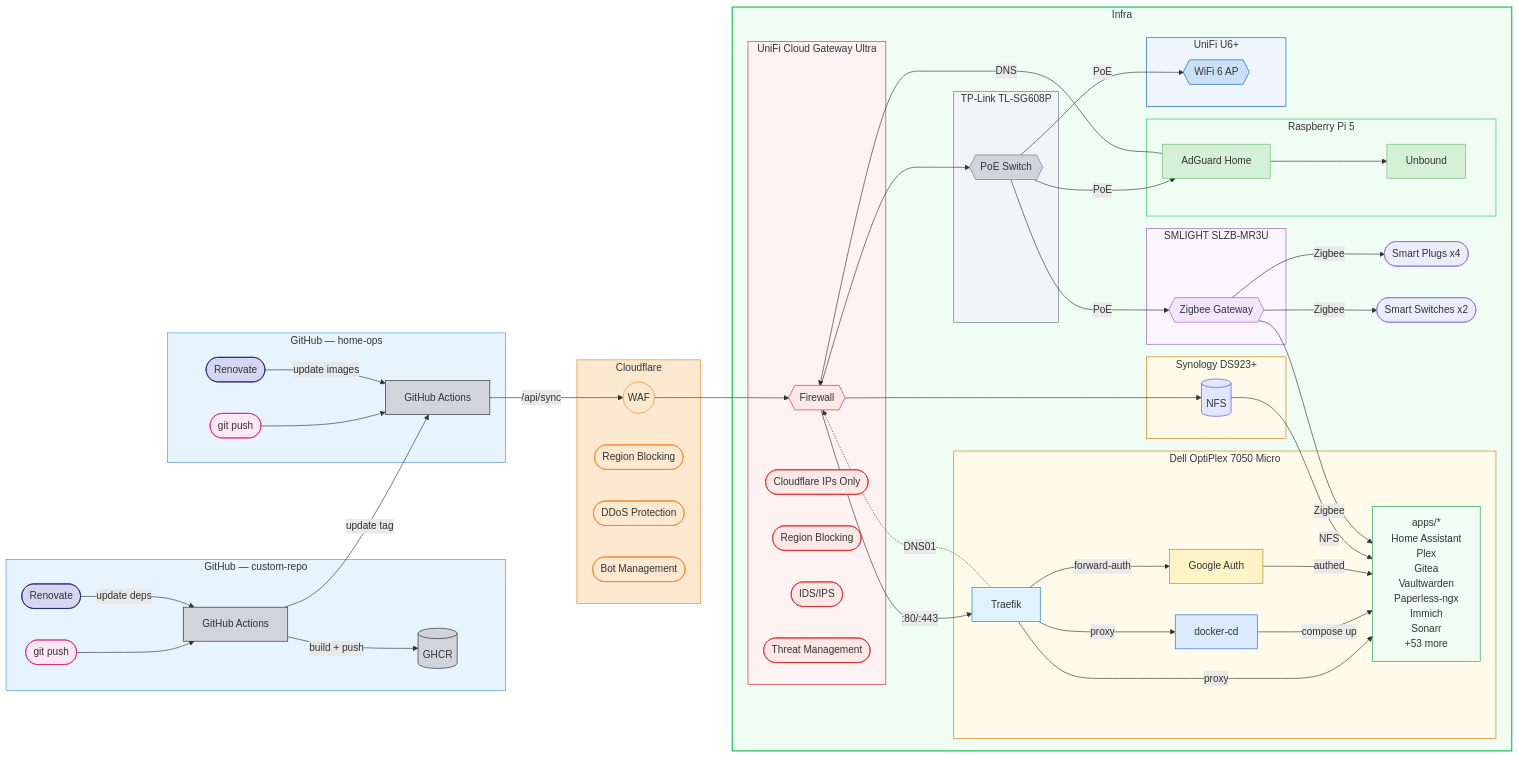
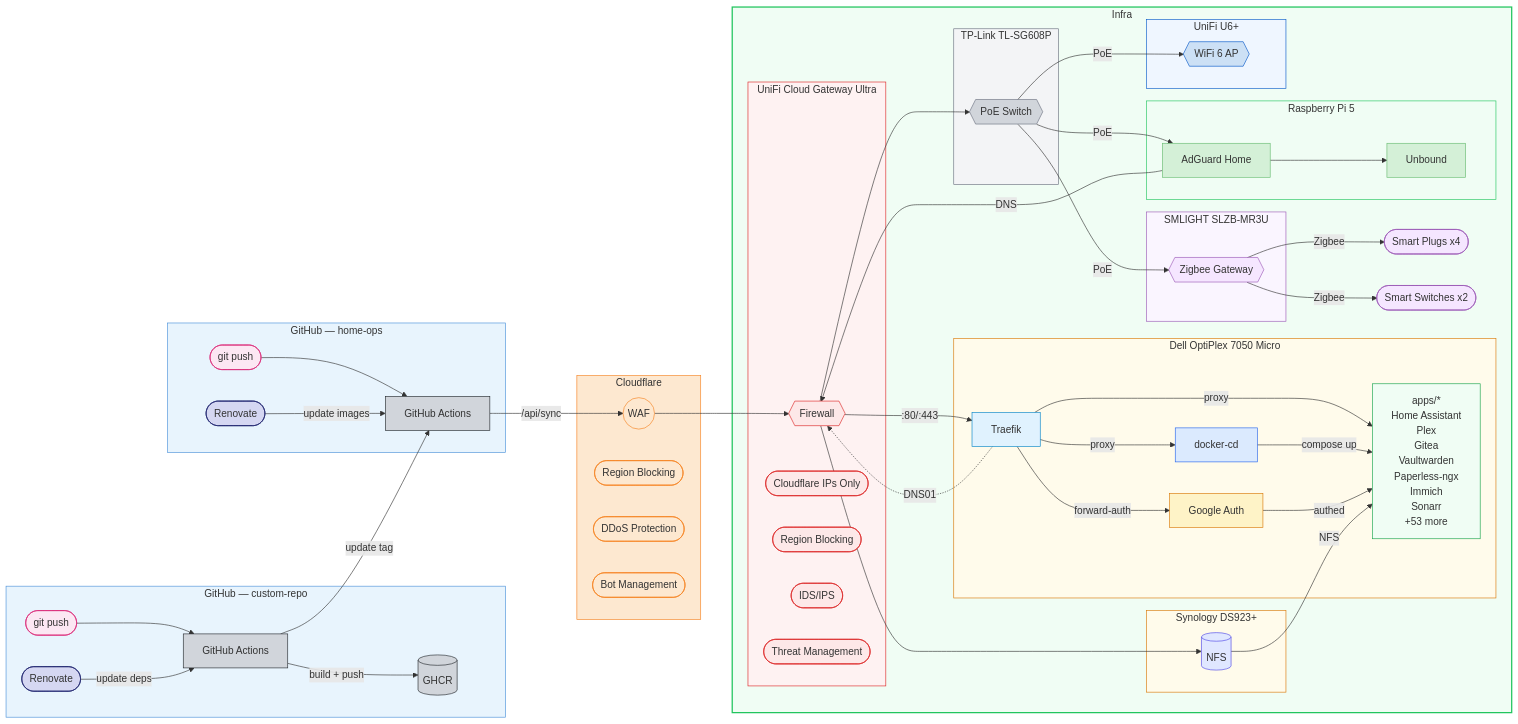
Before and after one commit to wajeht/home-ops: the diagram in README.md, drawn with Mermaid.

Commit message:
docs: update architecture diagram to reflect current setup

````diff
--- a/README.md
+++ b/README.md
@@ -97,7 +97,6 @@
         poe -->|PoE| zigbee
         poe -->|PoE| adguard
         poe -->|PoE| ap
-        zigbee -->|Zigbee| apps
     end
 
     traefik -.->|DNS01| unifi
@@ -139,4 +138,6 @@
     style slzb fill:#faf5ff,stroke:#9b59b6
     style tplink fill:#f3f4f6,stroke:#6b7280
     style u6 fill:#eff6ff,stroke:#0559c9
+    style plugs fill:#f5e6ff,stroke:#9b59b6,color:#333
+    style switches fill:#f5e6ff,stroke:#9b59b6,color:#333
 ```
````
